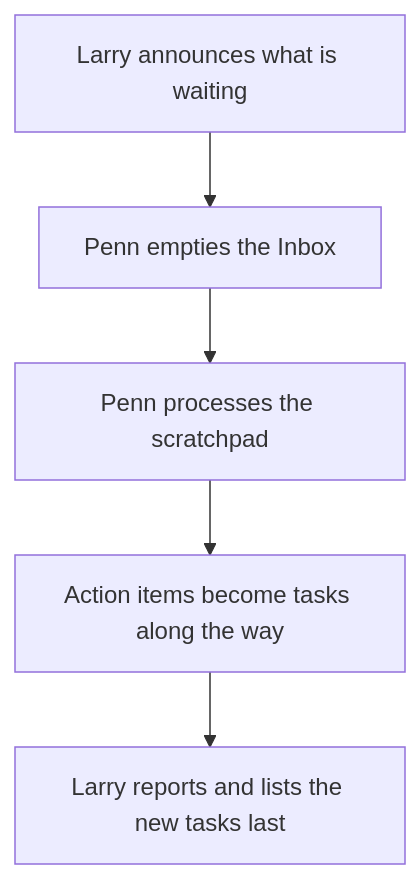
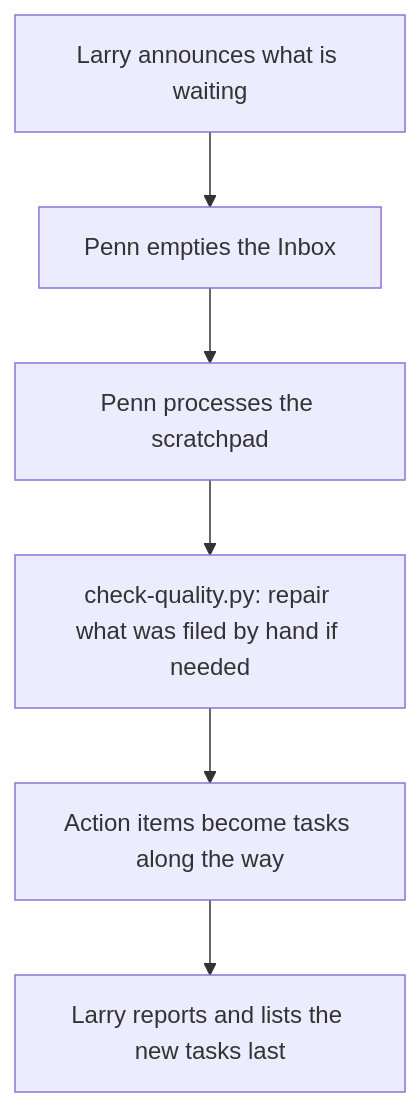
One commit to TomSolid/icor-for-life-scaffold changed the diagram in 06 AI Team/AI Team Knowledge/Workstreams/WS-1001-daily-processing-run.md. Above: the diagram before and after it, drawn with Mermaid. The commit also changed other lines of this file and 54 other files, not shown here.

````diff
--- a/06 AI Team/AI Team Knowledge/Workstreams/WS-1001-daily-processing-run.md
+++ b/06 AI Team/AI Team Knowledge/Workstreams/WS-1001-daily-processing-run.md
@@ -15,7 +15,8 @@
 ```mermaid
 flowchart TD
     A["Larry announces what is waiting"] --> B["Penn empties the Inbox"]
     B --> C["Penn processes the scratchpad"]
-    C --> D["Action items become tasks along the way"]
-    D --> E["Larry reports and lists the new tasks last"]
+    C --> D["check-quality.py: repair what was filed by hand if needed"]
+    D --> E["Action items become tasks along the way"]
+    E --> F["Larry reports and lists the new tasks last"]
 ```
````
